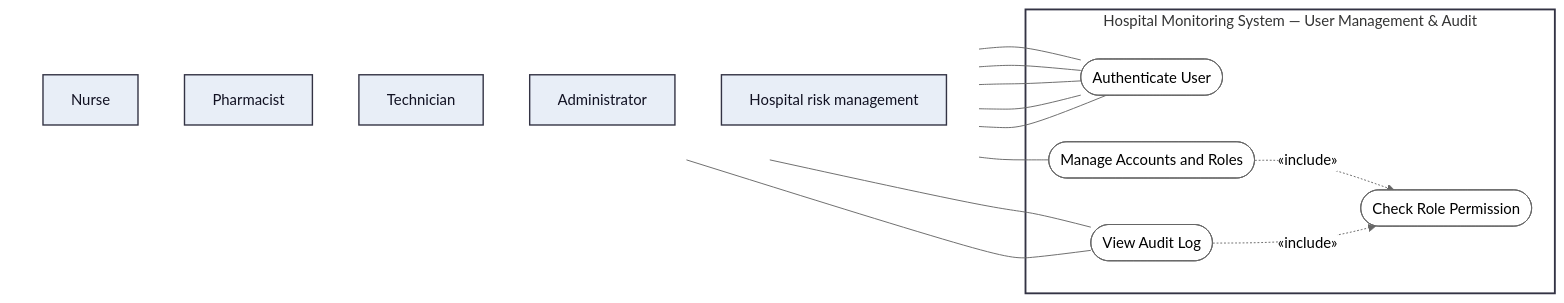
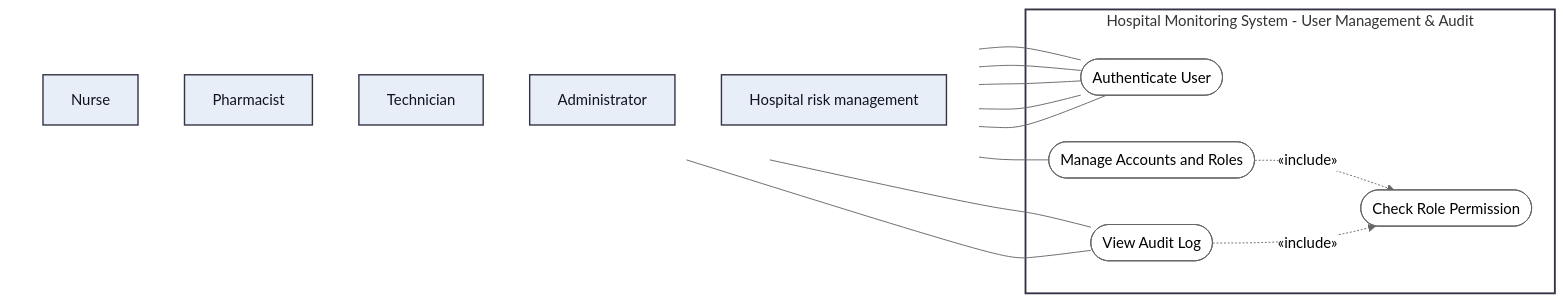
Before and after one commit to LukaMrt/3K04-project: the seventh of 7 diagrams in docs/part-b/diagrams/use-case-diagram.md, drawn with Mermaid (neutral theme). The commit also changed other lines of this file and 14 other files, not shown here.

````diff
--- a/docs/part-b/diagrams/use-case-diagram.md
+++ b/docs/part-b/diagrams/use-case-diagram.md
@@ -226,37 +226,37 @@
 ```mermaid
 flowchart LR
     subgraph Actors[" "]
         direction TB
         Nurse["Nurse"]
         Pharmacist["Pharmacist"]
         Technician["Technician"]
         Admin["Administrator"]
         RiskMgmt["Hospital risk management"]
     end
 
-    subgraph MS["Hospital Monitoring System — User Management & Audit"]
+    subgraph MS["Hospital Monitoring System - User Management & Audit"]
         Authenticate(["Authenticate User"])
         CheckRole(["Check Role Permission"])
         ManageAccounts(["Manage Accounts and Roles"])
         ViewAudit(["View Audit Log"])
     end
 
     Nurse --- Authenticate
     Pharmacist --- Authenticate
     Technician --- Authenticate
     Admin --- Authenticate
     RiskMgmt --- Authenticate
     Admin --- ManageAccounts
     Admin --- ViewAudit
     RiskMgmt --- ViewAudit
 
     ManageAccounts -. "«include»" .-> CheckRole
     ViewAudit -. "«include»" .-> CheckRole
 
     classDef actor fill:#e8eef7,stroke:#334,stroke-width:1.5px,color:#112;
     classDef usecase fill:#fff,stroke:#666,stroke-width:1px;
     class Nurse,Pharmacist,Technician,Admin,RiskMgmt actor;
     class Authenticate,CheckRole,ManageAccounts,ViewAudit usecase;
     style Actors fill:none,stroke:none;
     style MS fill:none,stroke:#334,stroke-width:2px;
 ```
````
